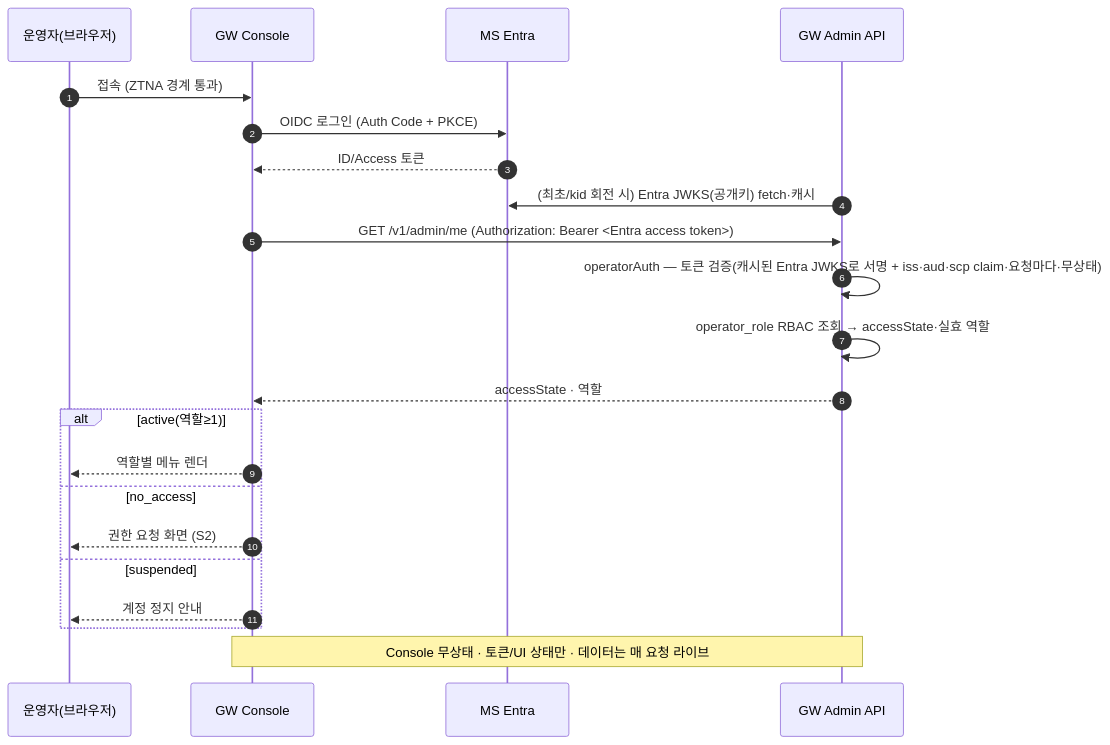
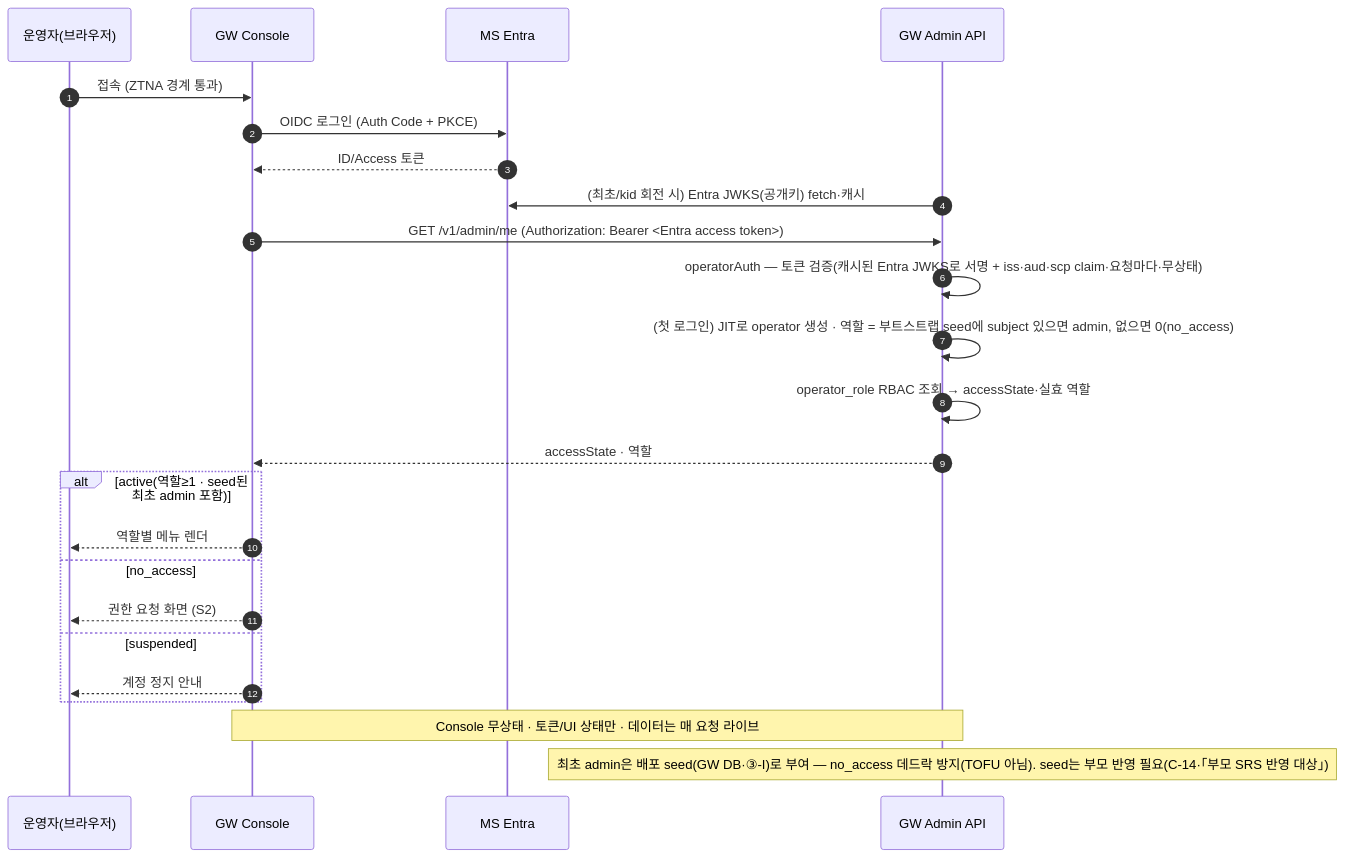
One commit to gracegyu/scp-architecture changed the fourth of 9 diagrams in docs/VT_API_Gateway/08.VT_API_Gateway/specs/03c-subsrs-gw-console/SRS.md. Above: the diagram before and after it, drawn with Mermaid. The commit also changed other lines of this file, not shown here.

First line of the commit message:
docs: Enhance SRS documentation for GW Console with onboarding and role management updates

````diff
--- a/docs/VT_API_Gateway/08.VT_API_Gateway/specs/03c-subsrs-gw-console/SRS.md
+++ b/docs/VT_API_Gateway/08.VT_API_Gateway/specs/03c-subsrs-gw-console/SRS.md
@@ -178,24 +178,26 @@
 ```mermaid
 sequenceDiagram
     autonumber
     participant OP as 운영자(브라우저)
     participant C as GW Console
     participant E as MS Entra
     participant GW as GW Admin API
     OP->>C: 접속 (ZTNA 경계 통과)
     C->>E: OIDC 로그인 (Auth Code + PKCE)
     E-->>C: ID/Access 토큰
     GW->>E: (최초/kid 회전 시) Entra JWKS(공개키) fetch·캐시
     C->>GW: GET /v1/admin/me (Authorization: Bearer <Entra access token>)
     GW->>GW: operatorAuth — 토큰 검증(캐시된 Entra JWKS로 서명 + iss·aud·scp claim·요청마다·무상태)
+    GW->>GW: (첫 로그인) JIT로 operator 생성 · 역할 = 부트스트랩 seed에 subject 있으면 admin, 없으면 0(no_access)
     GW->>GW: operator_role RBAC 조회 → accessState·실효 역할
     GW-->>C: accessState · 역할
-    alt active(역할≥1)
+    alt active(역할≥1 · seed된 최초 admin 포함)
         C-->>OP: 역할별 메뉴 렌더
     else no_access
         C-->>OP: 권한 요청 화면 (S2)
     else suspended
         C-->>OP: 계정 정지 안내
     end
     Note over C,GW: Console 무상태 · 토큰/UI 상태만 · 데이터는 매 요청 라이브
+    Note over GW: 최초 admin은 배포 seed(GW DB·③-I)로 부여 — no_access 데드락 방지(TOFU 아님). seed는 부모 반영 필요(C-14·「부모 SRS 반영 대상」)
 ```
````
